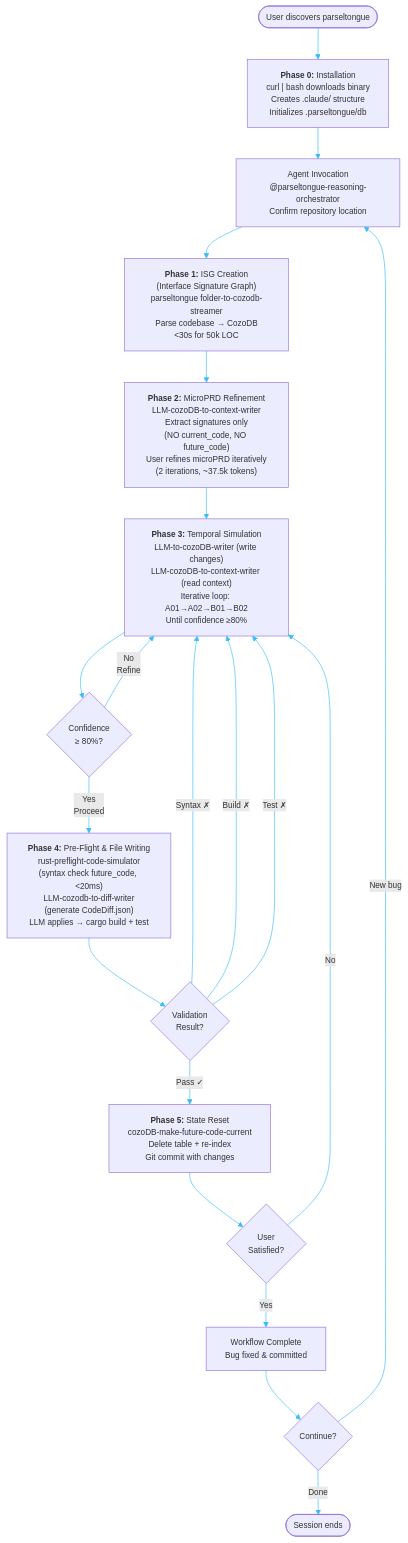
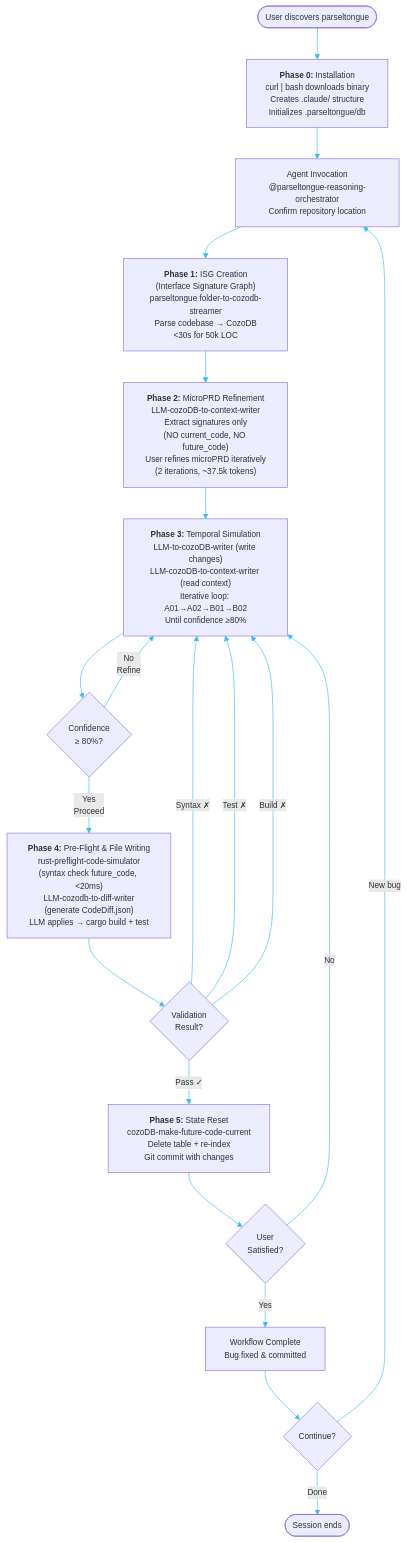
One commit to that-in-rust/parseltongue changed the first of 2 diagrams in .prdArchDocs/P00.md. Above: the diagram before and after it, drawn with Mermaid. The commit also changed other lines of this file, not shown here.

First line of the commit message:
fix(P00): remove corrupted text from Mermaid edge syntax

````diff
--- a/.prdArchDocs/P00.md
+++ b/.prdArchDocs/P00.md
@@ -13,50 +13,50 @@
 ```mermaid
 ---
 config:
   flowchart:
     defaultRenderer: "dagre"
   themeVariables:
     primaryColor: "#f0f9ff"
     primaryTextColor: "#0c4a6e"
     primaryBorderColor: "#0ea5e9"
     lineColor: "#38bdf8"
     secondaryColor: "#f0fdf4"
     tertiaryColor: "#fefce8"
     quaternaryColor: "#fff7ed"
     background: "#ffffff"
     fontFamily: "Arial, sans-serif"
     fontSize: "13px"
 ---
 flowchart TD
     Start([User discovers parseltongue]) --> Phase0["<b>Phase 0:</b> Installation<br/>curl | bash downloads binary<br/>Creates .claude/ structure<br/>Initializes .parseltongue/db"]
 
     Phase0 --> Setup["Agent Invocation<br/>@parseltongue-reasoning-orchestrator<br/>Confirm repository location"]
 
     Setup --> Phase1["<b>Phase 1:</b> ISG Creation<br/>(Interface Signature Graph)<br/>parseltongue folder-to-cozodb-streamer<br/>Parse codebase → CozoDB<br/><30s for 50k LOC"]
 
     Phase1 --> Phase2["<b>Phase 2:</b> MicroPRD Refinement<br/>LLM-cozoDB-to-context-writer<br/>Extract signatures only<br/>(NO current_code, NO future_code)<br/>User refines microPRD iteratively<br/>(2 iterations, ~37.5k tokens)"]
 
     Phase2 --> Phase3["<b>Phase 3:</b> Temporal Simulation<br/>LLM-to-cozoDB-writer (write changes)<br/>LLM-cozoDB-to-context-writer (read context)<br/>Iterative loop: A01→A02→B01→B02<br/>Until confidence ≥80%"]
 
     Phase3 --> ConfidenceGate{Confidence<br/>≥ 80%?}
     ConfidenceGate --> |"No<br/>Refine"| Phase3
     ConfidenceGate --> |"Yes<br/>Proceed"| Phase4
 
     Phase4["<b>Phase 4:</b> Pre-Flight & File Writing<br/>rust-preflight-code-simulator<br/>(syntax check future_code, <20ms)<br/>LLM-cozodb-to-diff-writer<br/>(generate CodeDiff.json)<br/>LLM applies → cargo build + test"]
 
     Phase4 --> ValidationGate{Validation<br/>Result?}
     ValidationGate --> |"Syntax ✗"| Phase3
+    ValidationGate --> |"Test ✗"| Phase3
     ValidationGate --> |"Build ✗"| Phase3
-    ValidationGate --> |"Test ✗"| Phase3
     ValidationGate --> |"Pass ✓"| Phase5
 
     Phase5["<b>Phase 5:</b> State Reset<br/>cozoDB-make-future-code-current<br/>Delete table + re-index<br/>Git commit with changes"]
 
     Phase5 --> UserSatisfied{User<br/>Satisfied?}
     UserSatisfied --> |"No"| Phase3
     UserSatisfied --> |"Yes"| Complete["Workflow Complete<br/>Bug fixed & committed"]
 
     Complete --> NextAction{Continue?}
     NextAction --> |"New bug"| Setup
     NextAction --> |"Done"| End([Session ends])
 ```
````
